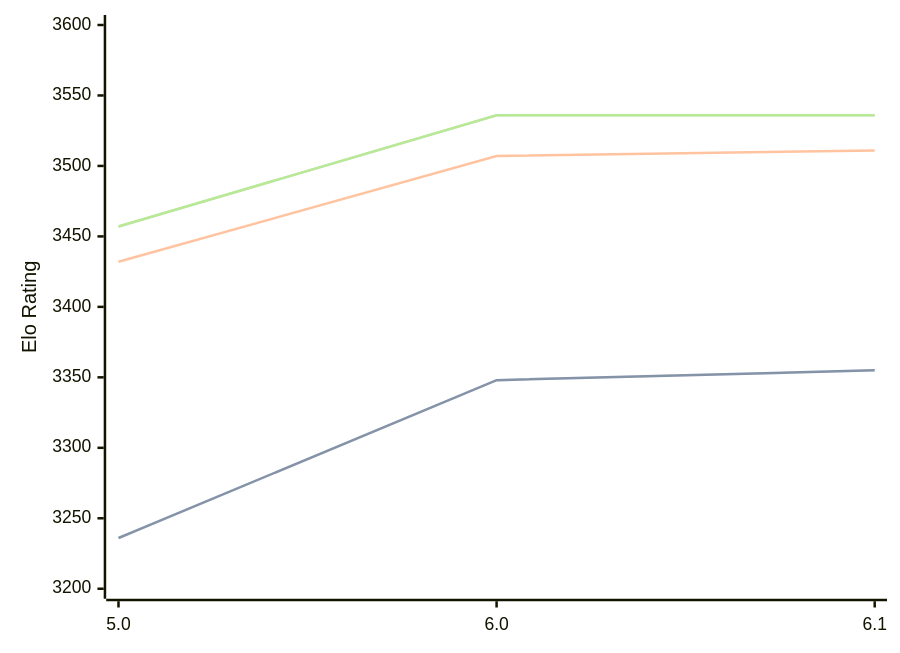
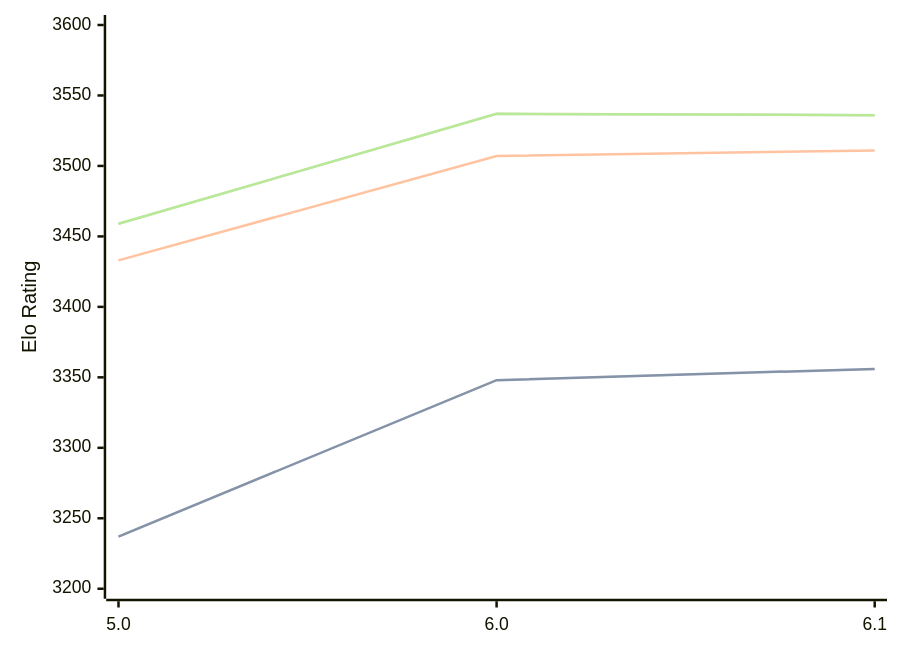
The diagram in engines/Starzix.md (computer-chess-index/cci), drawn with Mermaid before and after one commit. The commit also changed other lines of this file, not shown here.

Commit message:
Update CCI Ratings (ELO VLTC) - 2026-04-05

````diff
--- a/engines/Starzix.md
+++ b/engines/Starzix.md
@@ -37,11 +37,11 @@
 ```mermaid
 %%{init: {"theme":"base","themeVariables":{"seriesColors:['#a3a3a3','#222221','#faa371']}}}%%
 xychart-beta
   x-axis ["5.0", "6.0", "6.1"]
   y-axis "Elo Rating" 3200 --> 3600
-  line "STC (8.0+0.08s)" [3236, 3348, 3355]
-  line "STC (8.0+0.08s)" [3236, 3348, 3355]
-  line "LTC (60.0+0.60s)" [3432, 3507, 3511]
-  line "VLTC (2m24s+1.12s)" [3457, 3536, 3536]
-  line "VLTC (2m24s+1.12s)" [3457, 3536, 3536]
+  line "STC (8.0+0.08s)" [3237, 3348, 3356]
+  line "STC (8.0+0.08s)" [3237, 3348, 3356]
+  line "LTC (60.0+0.60s)" [3433, 3507, 3511]
+  line "VLTC (2m24s+1.12s)" [3459, 3537, 3536]
+  line "VLTC (2m24s+1.12s)" [3459, 3537, 3536]
 ```
````
